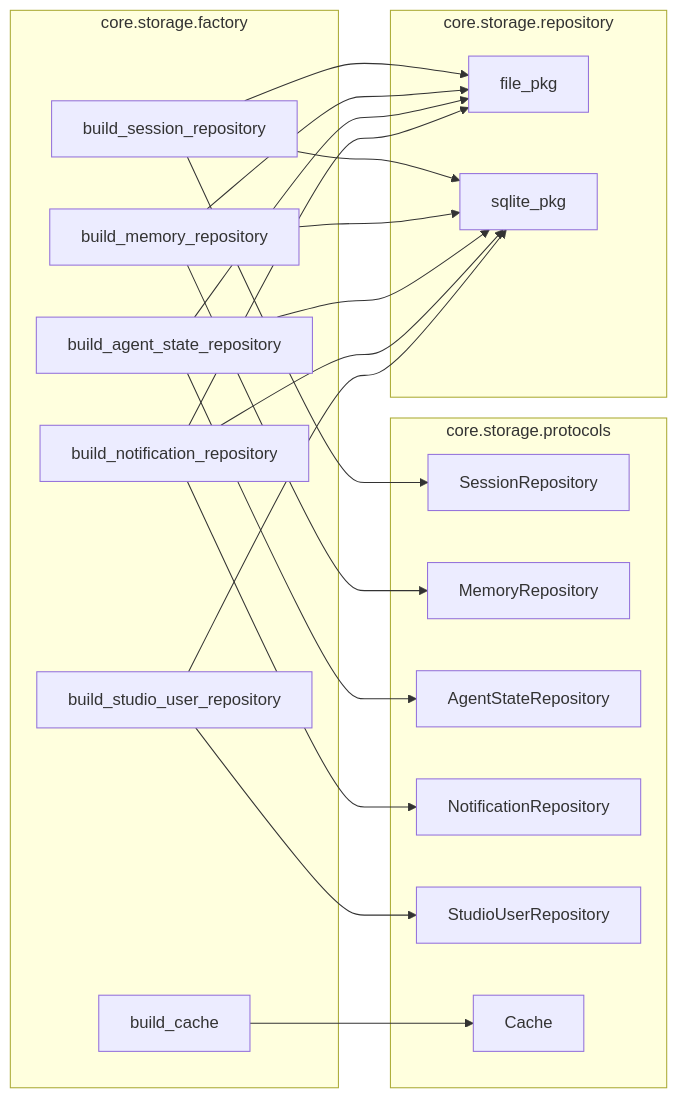
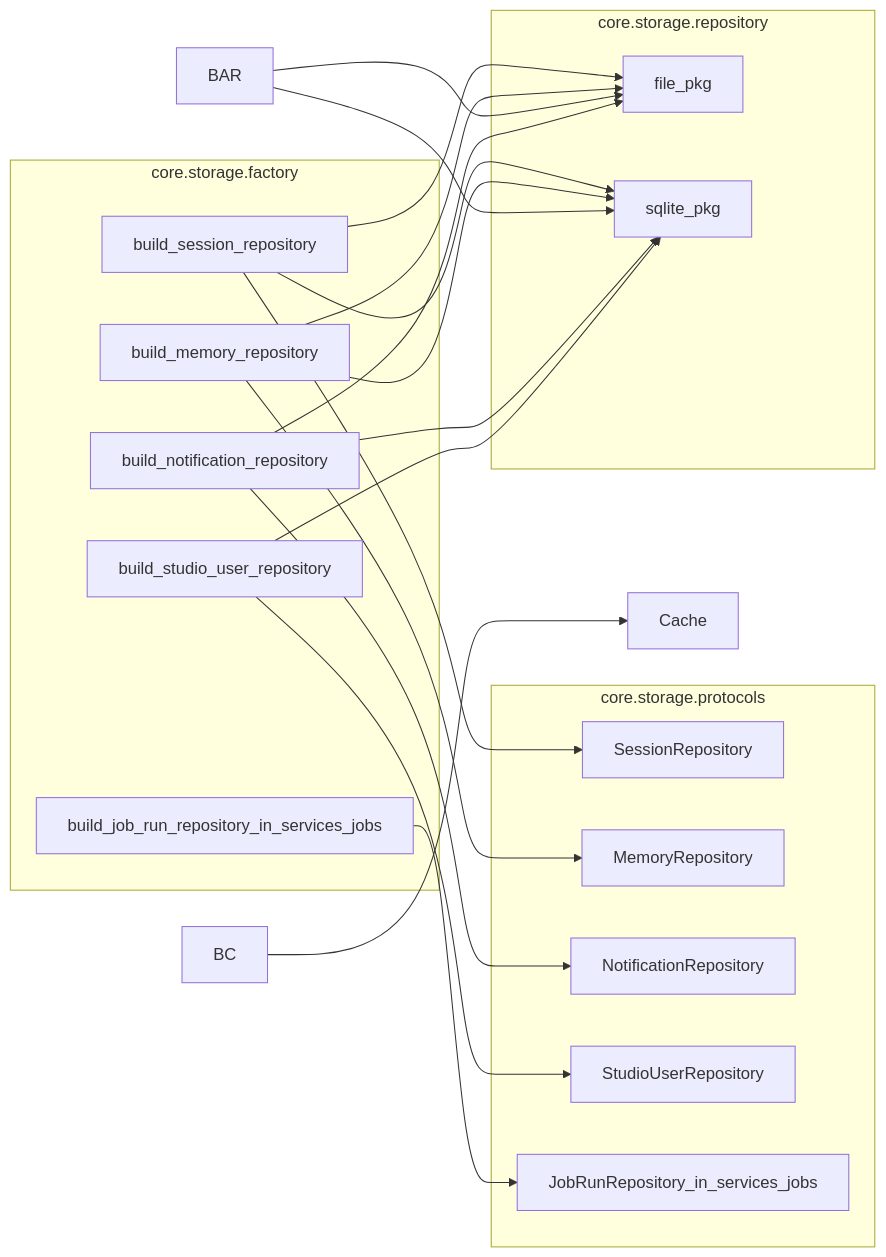
One commit to YU-JI-KUI/ark-agentic changed the third of 4 diagrams in docs/database-and-storage-abstraction.md. Above: the diagram before and after it, drawn with Mermaid. The commit also changed other lines of this file and 20 other files, not shown here.

````diff
--- a/docs/database-and-storage-abstraction.md
+++ b/docs/database-and-storage-abstraction.md
@@ -88,38 +88,36 @@
 ```mermaid
 flowchart LR
     subgraph protocols_pkg [core.storage.protocols]
         SR[SessionRepository]
         MR[MemoryRepository]
-        AR[AgentStateRepository]
         NR[NotificationRepository]
         SU[StudioUserRepository]
-        Cache[Cache]
+        JR[JobRunRepository_in_services_jobs]
     end
     subgraph factory_mod [core.storage.factory]
         BSR[build_session_repository]
         BMR[build_memory_repository]
-        BAR[build_agent_state_repository]
         BNR[build_notification_repository]
-        BC[build_cache]
         BSU[build_studio_user_repository]
+        BJR[build_job_run_repository_in_services_jobs]
     end
     subgraph repo_impl [core.storage.repository]
         F[file_pkg]
         S[sqlite_pkg]
     end
     BSR --> SR
     BMR --> MR
-    BAR --> AR
     BNR --> NR
     BSU --> SU
+    BJR --> JR
     BC --> Cache
     BSR --> F
     BSR --> S
     BMR --> F
     BMR --> S
     BAR --> F
     BAR --> S
     BNR --> F
     BNR --> S
     BSU --> S
 ```
````
